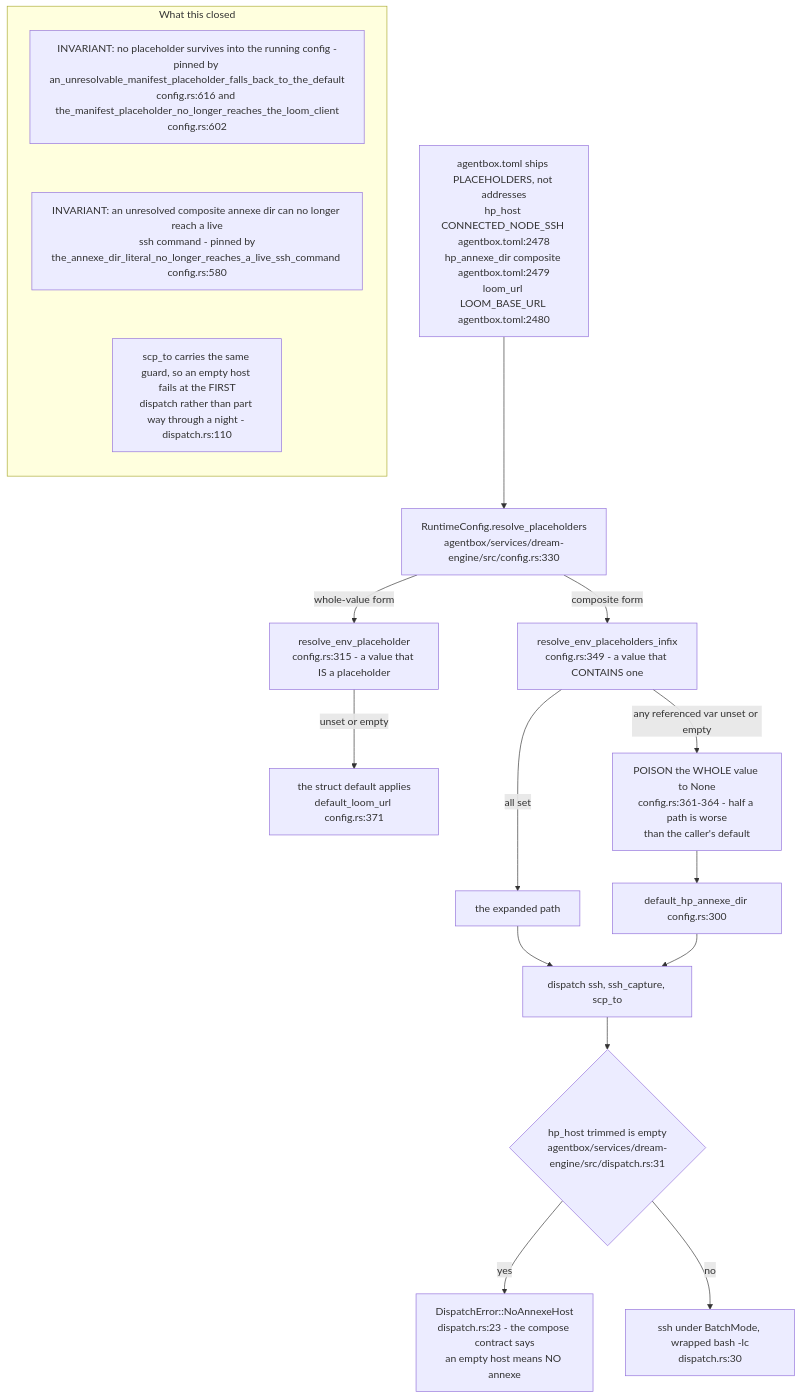
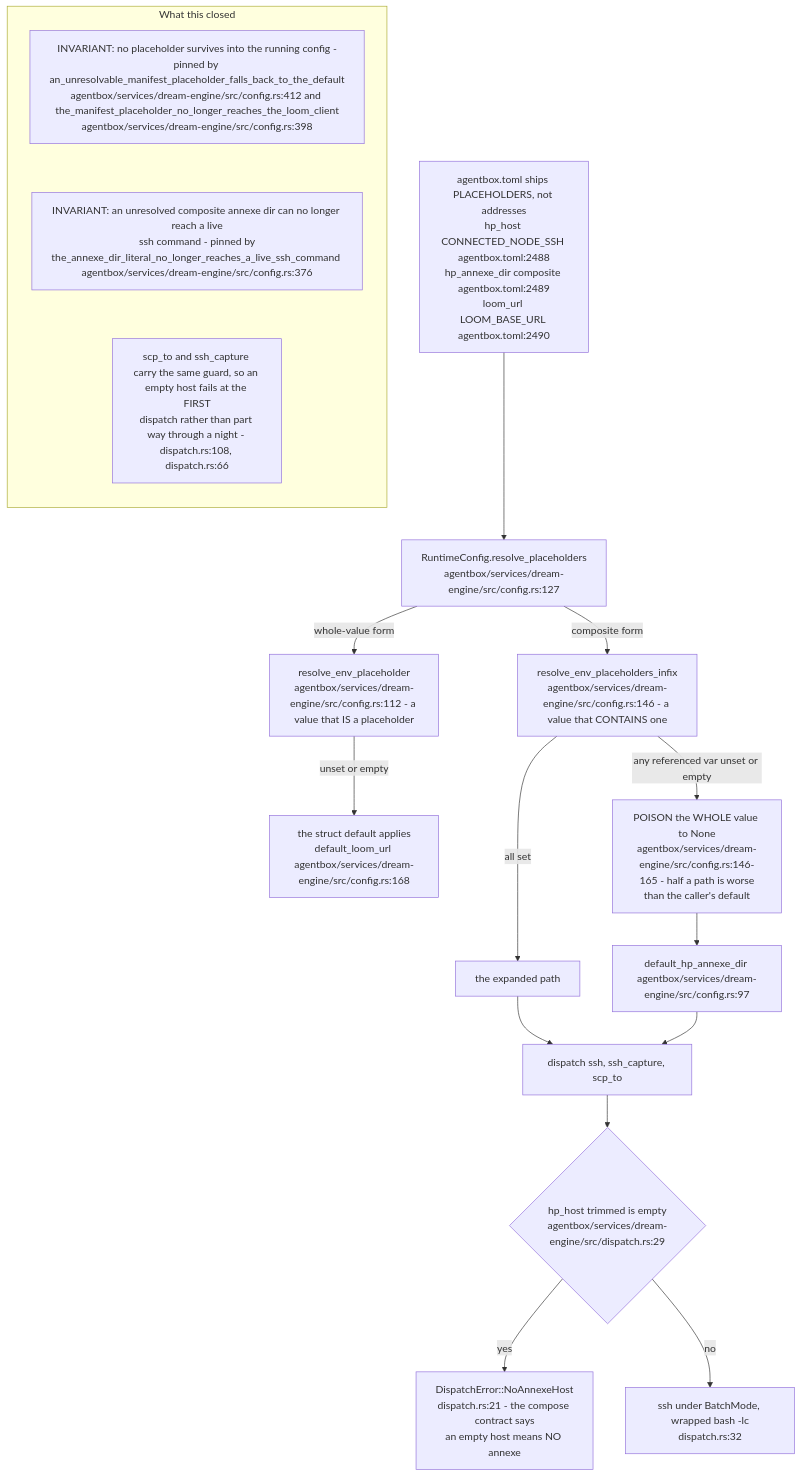
Diagram 16 of 20 in docs/diagrams/agentbox/23-dream-engine.md (DreamLab-AI/VisionFlow), drawn with Mermaid before and after one commit. The commit also changed other lines of this file and 12 other files, not shown here.

First line of the commit message:
docs(diagrams): map the dream-engine extraction (AB-23, ES-05, ES-90, new DE area)

````diff
--- a/docs/diagrams/agentbox/23-dream-engine.md
+++ b/docs/diagrams/agentbox/23-dream-engine.md
@@ -859,23 +808,23 @@
 ```mermaid
 flowchart TB
-    TOML["agentbox.toml ships PLACEHOLDERS, not addresses<br/>hp_host CONNECTED_NODE_SSH agentbox.toml:2478<br/>hp_annexe_dir composite agentbox.toml:2479<br/>loom_url LOOM_BASE_URL agentbox.toml:2480"]
-    TOML --> RP["RuntimeConfig.resolve_placeholders<br/>agentbox/services/dream-engine/src/config.rs:330"]
-    RP -->|"whole-value form"| W["resolve_env_placeholder<br/>config.rs:315 - a value that IS a placeholder"]
-    RP -->|"composite form"| I["resolve_env_placeholders_infix<br/>config.rs:349 - a value that CONTAINS one"]
-    W -->|"unset or empty"| D1["the struct default applies<br/>default_loom_url config.rs:371"]
-    I -->|"any referenced var unset or empty"| D2["POISON the WHOLE value to None<br/>config.rs:361-364 - half a path is worse<br/>than the caller's default"]
-    D2 --> D3["default_hp_annexe_dir config.rs:300"]
+    TOML["agentbox.toml ships PLACEHOLDERS, not addresses<br/>hp_host CONNECTED_NODE_SSH agentbox.toml:2488<br/>hp_annexe_dir composite agentbox.toml:2489<br/>loom_url LOOM_BASE_URL agentbox.toml:2490"]
+    TOML --> RP["RuntimeConfig.resolve_placeholders<br/>agentbox/services/dream-engine/src/config.rs:127"]
+    RP -->|"whole-value form"| W["resolve_env_placeholder<br/>agentbox/services/dream-engine/src/config.rs:112 - a value that IS a placeholder"]
+    RP -->|"composite form"| I["resolve_env_placeholders_infix<br/>agentbox/services/dream-engine/src/config.rs:146 - a value that CONTAINS one"]
+    W -->|"unset or empty"| D1["the struct default applies<br/>default_loom_url agentbox/services/dream-engine/src/config.rs:168"]
+    I -->|"any referenced var unset or empty"| D2["POISON the WHOLE value to None<br/>agentbox/services/dream-engine/src/config.rs:146-165 - half a path is worse<br/>than the caller's default"]
+    D2 --> D3["default_hp_annexe_dir agentbox/services/dream-engine/src/config.rs:97"]
     I -->|"all set"| OK["the expanded path"]
     OK --> DISP["dispatch ssh, ssh_capture, scp_to"]
     D3 --> DISP
-    DISP --> GUARD{"hp_host trimmed is empty<br/>agentbox/services/dream-engine/src/dispatch.rs:31"}
-    GUARD -->|"yes"| NAH["DispatchError::NoAnnexeHost<br/>dispatch.rs:23 - the compose contract says<br/>an empty host means NO annexe"]
-    GUARD -->|"no"| SSH["ssh under BatchMode, wrapped bash -lc<br/>dispatch.rs:30"]
+    DISP --> GUARD{"hp_host trimmed is empty<br/>agentbox/services/dream-engine/src/dispatch.rs:29"}
+    GUARD -->|"yes"| NAH["DispatchError::NoAnnexeHost<br/>dispatch.rs:21 - the compose contract says<br/>an empty host means NO annexe"]
+    GUARD -->|"no"| SSH["ssh under BatchMode, wrapped bash -lc<br/>dispatch.rs:32"]
     subgraph notes["What this closed"]
         direction TB
-        N1["INVARIANT: no placeholder survives into the running config -<br/>pinned by an_unresolvable_manifest_placeholder_falls_back_to_the_default<br/>config.rs:616 and the_manifest_placeholder_no_longer_reaches_the_loom_client<br/>config.rs:602"]
-        N2["INVARIANT: an unresolved composite annexe dir can no longer reach a live<br/>ssh command - pinned by<br/>the_annexe_dir_literal_no_longer_reaches_a_live_ssh_command config.rs:580"]
-        N3["scp_to carries the same guard, so an empty host fails at the FIRST<br/>dispatch rather than part way through a night - dispatch.rs:110"]
+        N1["INVARIANT: no placeholder survives into the running config -<br/>pinned by an_unresolvable_manifest_placeholder_falls_back_to_the_default<br/>agentbox/services/dream-engine/src/config.rs:412 and the_manifest_placeholder_no_longer_reaches_the_loom_client<br/>agentbox/services/dream-engine/src/config.rs:398"]
+        N2["INVARIANT: an unresolved composite annexe dir can no longer reach a live<br/>ssh command - pinned by<br/>the_annexe_dir_literal_no_longer_reaches_a_live_ssh_command agentbox/services/dream-engine/src/config.rs:376"]
+        N3["scp_to and ssh_capture carry the same guard, so an empty host fails at the FIRST<br/>dispatch rather than part way through a night - dispatch.rs:108, dispatch.rs:66"]
         N1 ~~~ N2 ~~~ N3
     end
 ```
````
